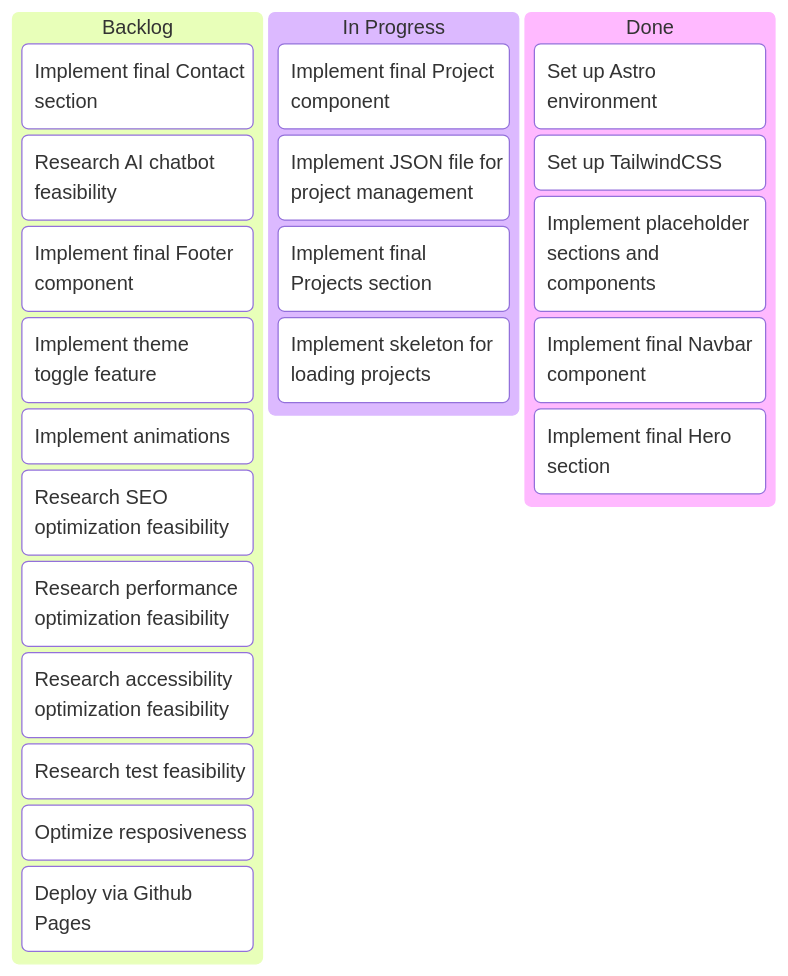
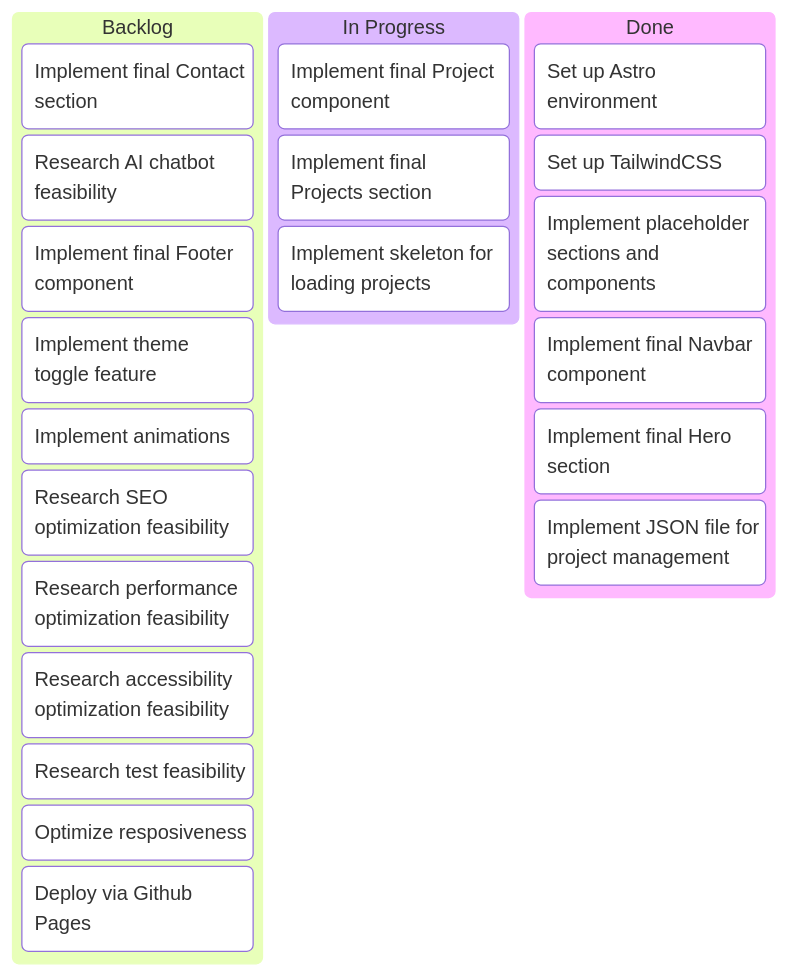
The diagram in docs/kanban.md (CantarinoG/portfolio), drawn with Mermaid before and after one commit. The commit also changed other lines of this file and 2 other files, not shown here.

Commit message:
feature: Implement .json file for project content management

````diff
--- a/docs/kanban.md
+++ b/docs/kanban.md
@@ -1,26 +1,26 @@
 ```mermaid
 kanban
   stage1[Backlog]
     card12[Implement final Contact section]
     card13[Research AI chatbot feasibility]
     card14[Implement final Footer component]
     card15[Implement theme toggle feature]
     card16[Implement animations]
     card17[Research SEO optimization feasibility]
     card18[Research performance optimization feasibility]
     card19[Research accessibility optimization feasibility]
     card21[Research test feasibility]
     card23[Optimize resposiveness]
     card20[Deploy via Github Pages]
   stage2[In Progress]
     card8[Implement final Project component]
-    card22[Implement JSON file for project management]
     card11[Implement final Projects section]
     card10[Implement skeleton for loading projects]
   stage3[Done]
     card1[Set up Astro environment]
     card24[Set up TailwindCSS]
     card5[Implement placeholder sections and components]
     card6[Implement final Navbar component]
     card7[Implement final Hero section]
+    card22[Implement JSON file for project management]
 ```
````
